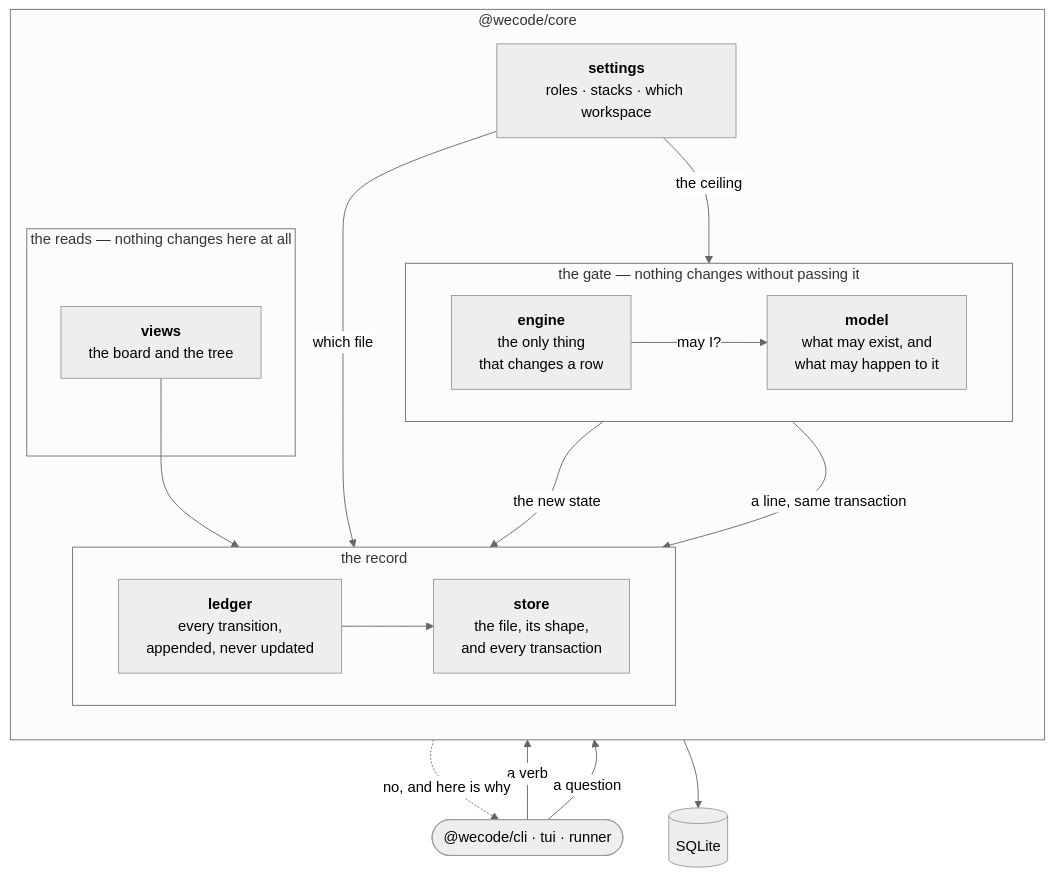
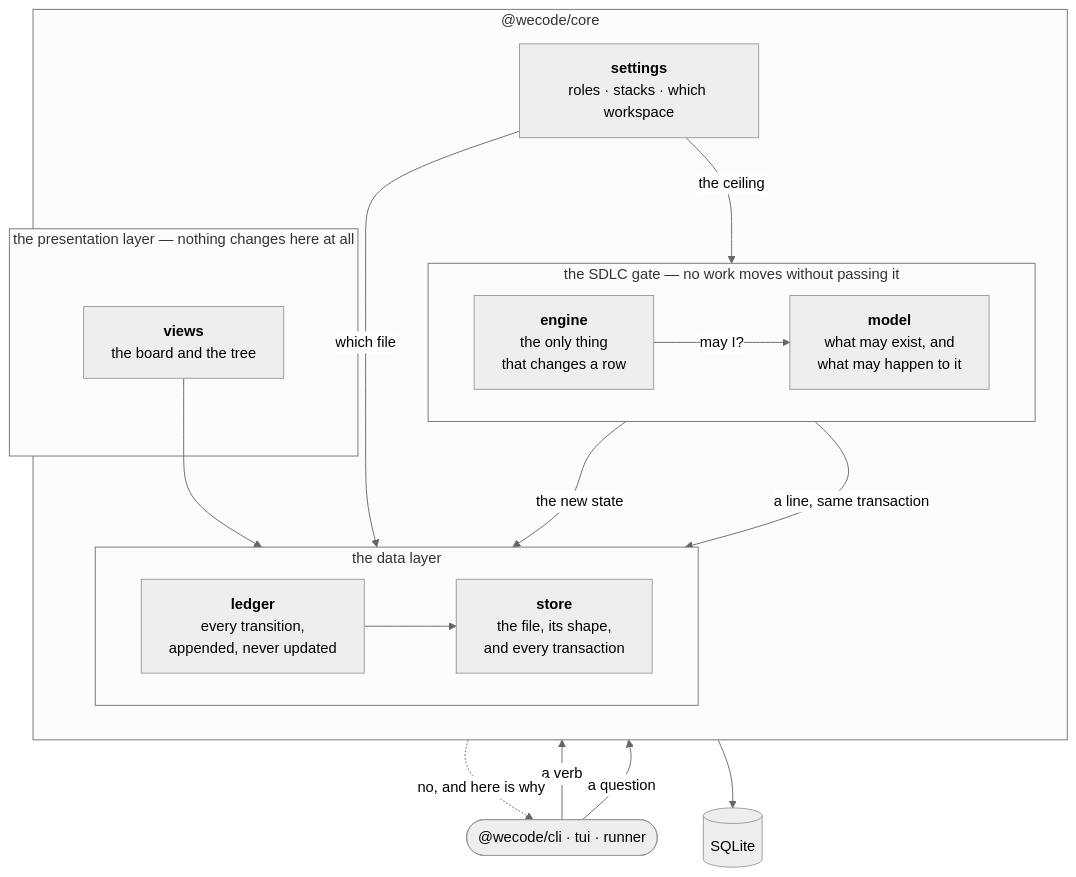
The third of 4 diagrams in docs/design/01. Architecture Diagram L1-L2.md (chandra-wijaya-setiawan/wecode), drawn with Mermaid (neutral theme) before and after one commit. The commit also changed other lines of this file, not shown here.

````diff
--- a/docs/design/01. Architecture Diagram L1-L2.md
+++ b/docs/design/01. Architecture Diagram L1-L2.md
@@ -99,42 +99,42 @@
 ```mermaid
 flowchart TB
     CLIENTS(["@wecode/cli · tui · runner"])
 
     subgraph core["@wecode/core"]
         direction TB
 
-        subgraph gate["the gate — nothing changes without passing it"]
+        subgraph gate["the SDLC gate — no work moves without passing it"]
             direction LR
             MODEL["<b>model</b><br/>what may exist, and<br/>what may happen to it"]
             ENGINE["<b>engine</b><br/>the only thing<br/>that changes a row"]
         end
 
-        subgraph reads["the reads — nothing changes here at all"]
+        subgraph reads["the presentation layer — nothing changes here at all"]
             VIEWS["<b>views</b><br/>the board and the tree"]
         end
 
-        subgraph record["the record"]
+        subgraph record["the data layer"]
             direction LR
             LEDGER["<b>ledger</b><br/>every transition,<br/>appended, never updated"]
             STORE["<b>store</b><br/>the file, its shape,<br/>and every transaction"]
         end
 
         SETTINGS["<b>settings</b><br/>roles · stacks · which workspace"]
     end
 
     DB[(SQLite)]
 
     CLIENTS -->|a verb| ENGINE
     CLIENTS -->|a question| VIEWS
 
     ENGINE -->|may I?| MODEL
     MODEL -.->|no, and here is why| CLIENTS
 
     ENGINE -->|the new state| STORE
     ENGINE -->|a line, same transaction| LEDGER
     LEDGER --> STORE
     VIEWS --> STORE
     SETTINGS -->|the ceiling| ENGINE
     SETTINGS -->|which file| STORE
     STORE --> DB
 ```
````
